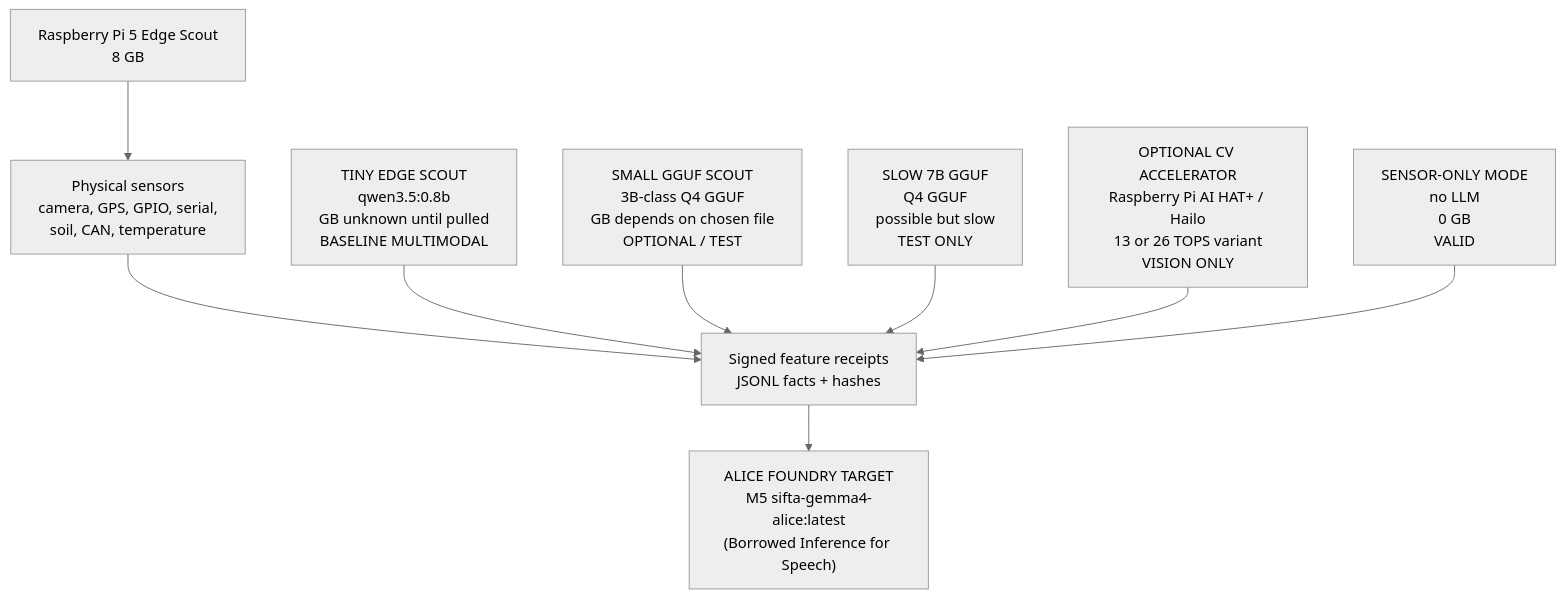
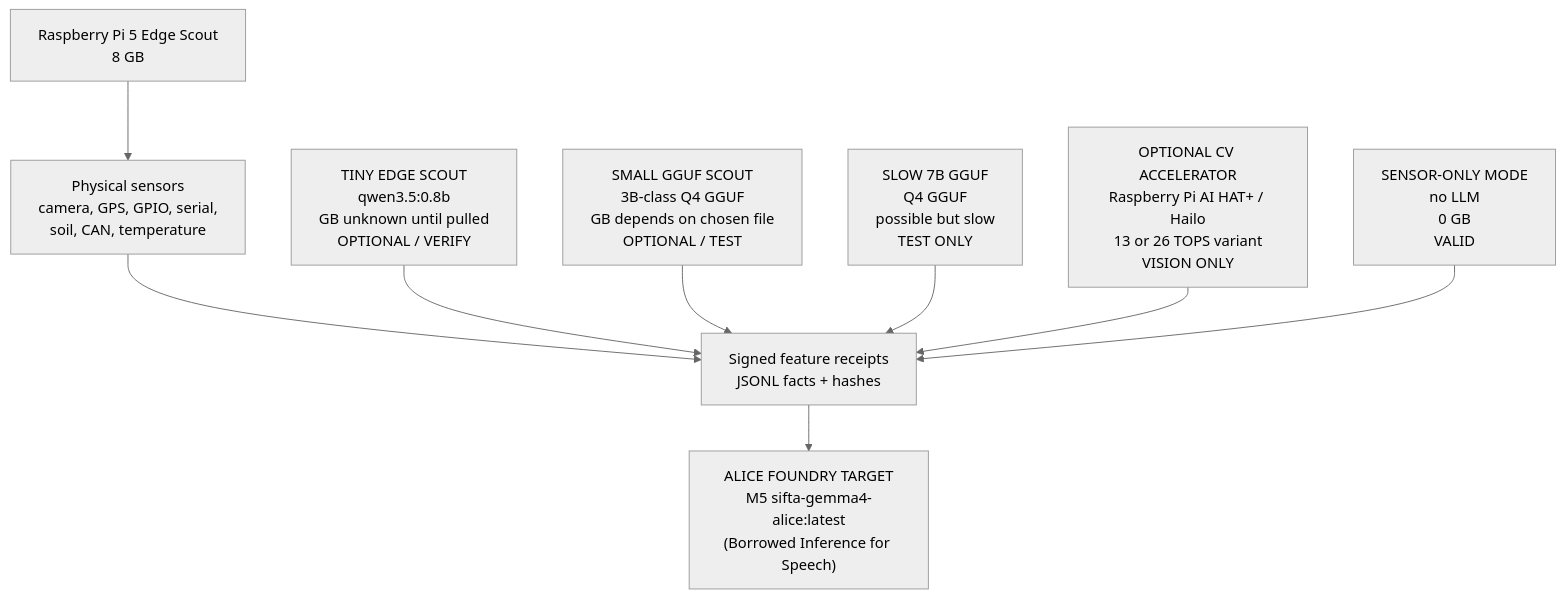
One commit to antonpictures/ANTON-SIFTA changed the third of 4 diagrams in Documents/ALICE_HARDWARE_ANATOMY.md. Above: the diagram before and after it, drawn with Mermaid (neutral theme). The commit also changed other lines of this file, not shown here.

````diff
--- a/Documents/ALICE_HARDWARE_ANATOMY.md
+++ b/Documents/ALICE_HARDWARE_ANATOMY.md
@@ -108,21 +108,21 @@
 ```mermaid
 flowchart TB
     Pi["Raspberry Pi 5 Edge Scout\n8 GB"]
 
     Sensors["Physical sensors\ncamera, GPS, GPIO, serial,\nsoil, CAN, temperature"]
     Receipts["Signed feature receipts\nJSONL facts + hashes"]
 
     AliceRemote["ALICE FOUNDRY TARGET\nM5 sifta-gemma4-alice:latest\n(Borrowed Inference for Speech)"]
-    Tiny["TINY EDGE SCOUT\nqwen3.5:0.8b\nGB unknown until pulled\nBASELINE MULTIMODAL"]
+    Tiny["TINY EDGE SCOUT\nqwen3.5:0.8b\nGB unknown until pulled\nOPTIONAL / VERIFY"]
     Small["SMALL GGUF SCOUT\n3B-class Q4 GGUF\nGB depends on chosen file\nOPTIONAL / TEST"]
     Crawl["SLOW 7B GGUF\nQ4 GGUF\npossible but slow\nTEST ONLY"]
     Hailo["OPTIONAL CV ACCELERATOR\nRaspberry Pi AI HAT+ / Hailo\n13 or 26 TOPS variant\nVISION ONLY"]
     NoModel["SENSOR-ONLY MODE\nno LLM\n0 GB\nVALID"]
 
     Pi --> Sensors --> Receipts --> AliceRemote
     Tiny --> Receipts
     Small --> Receipts
     Crawl --> Receipts
     Hailo --> Receipts
     NoModel --> Receipts
 ```
````
